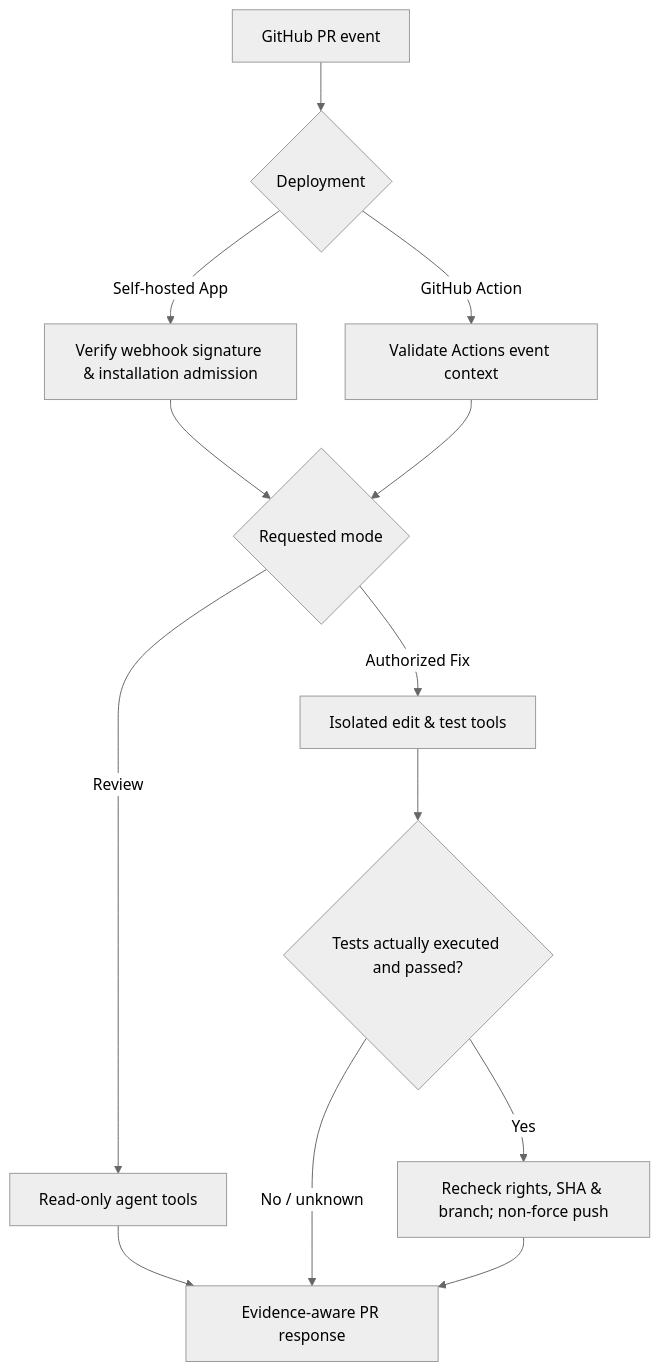
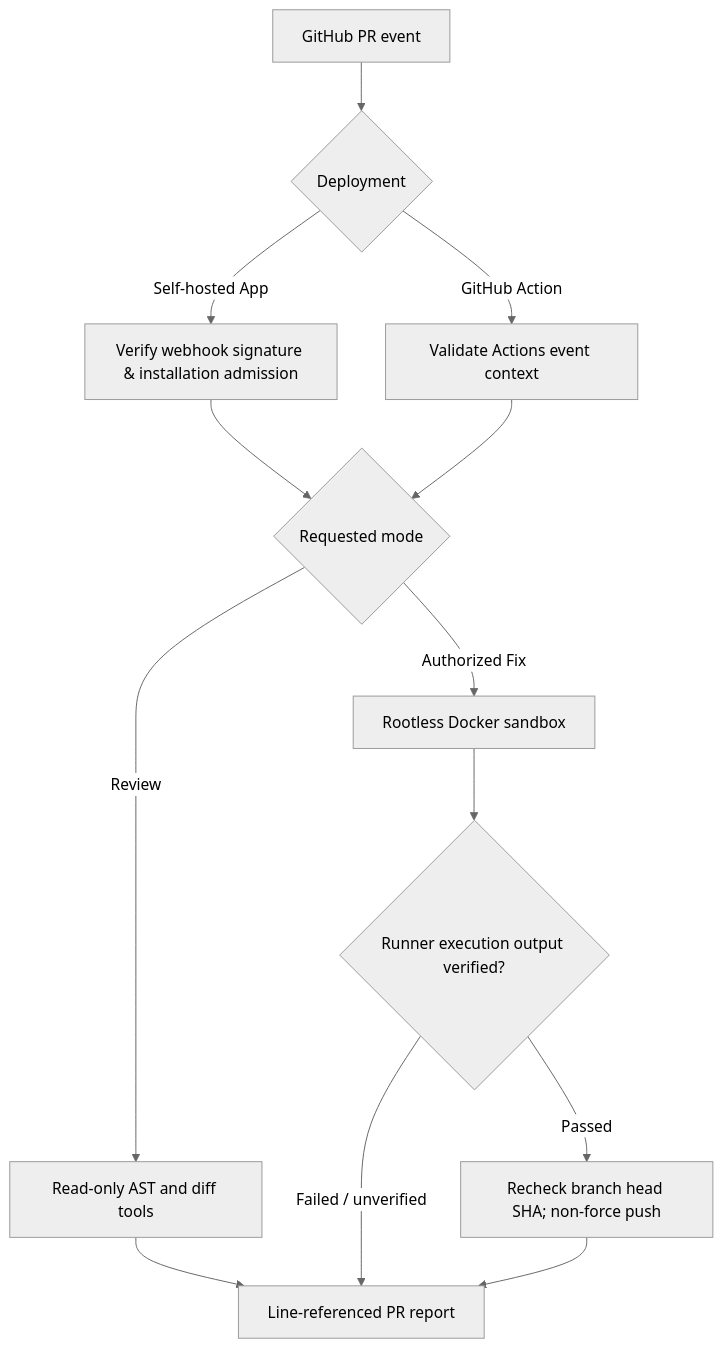
One commit to imMamdouhaboammar/openreview changed the diagram in README.md. Above: the diagram before and after it, drawn with Mermaid (neutral theme). The commit also changed other lines of this file and 89 other files, not shown here.

````diff
--- a/README.md
+++ b/README.md
@@ -247,15 +298,15 @@
 ```mermaid
 flowchart TD
     GH["GitHub PR event"] --> Entry{"Deployment"}
     Entry -->|Self-hosted App| Signed["Verify webhook signature & installation admission"]
     Entry -->|GitHub Action| Action["Validate Actions event context"]
     Signed --> Mode{"Requested mode"}
     Action --> Mode
-    Mode -->|Review| RO["Read-only agent tools"]
-    Mode -->|Authorized Fix| RW["Isolated edit & test tools"]
-    RO --> Report["Evidence-aware PR response"]
-    RW --> Verify{"Tests actually executed and passed?"}
-    Verify -->|No / unknown| Report
-    Verify -->|Yes| Publish["Recheck rights, SHA & branch; non-force push"]
+    Mode -->|Review| RO["Read-only AST and diff tools"]
+    Mode -->|Authorized Fix| RW["Rootless Docker sandbox"]
+    RO --> Report["Line-referenced PR report"]
+    RW --> Verify{"Runner execution output verified?"}
+    Verify -->|Failed / unverified| Report
+    Verify -->|Passed| Publish["Recheck branch head SHA; non-force push"]
     Publish --> Report
 ```
````
